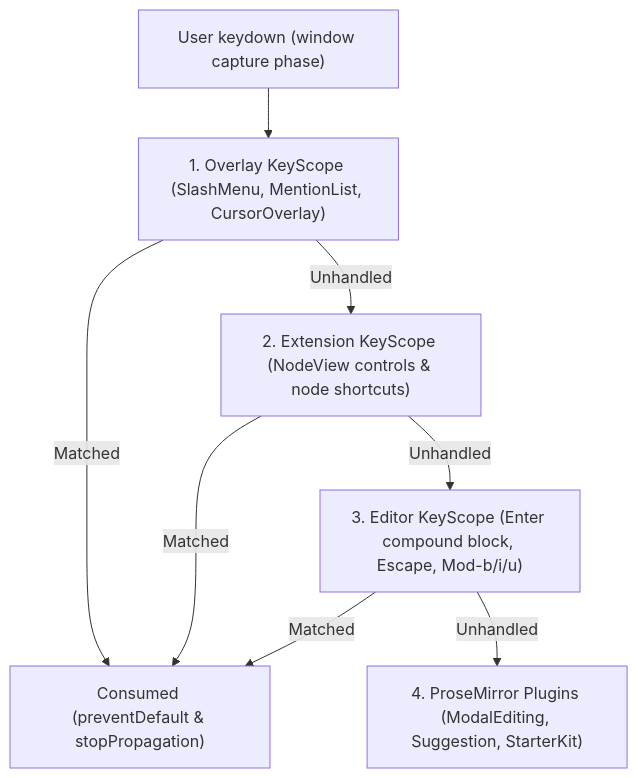
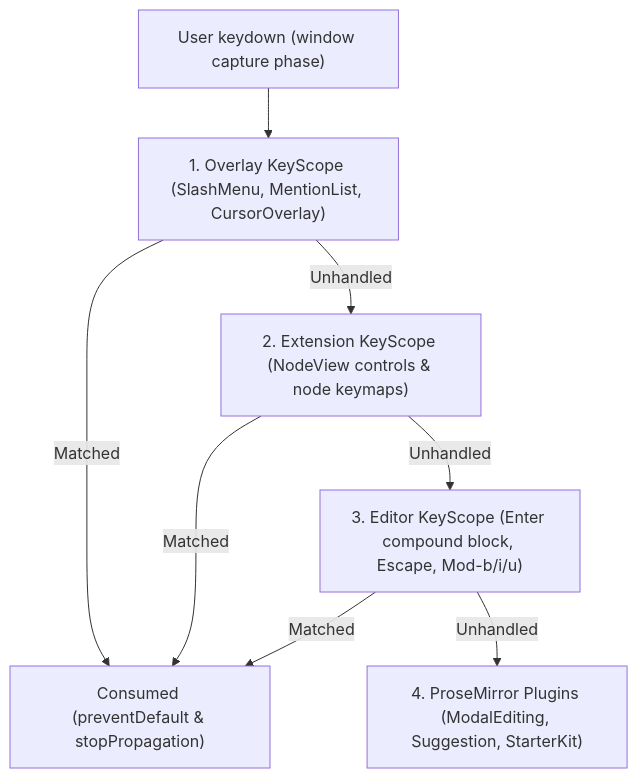
One commit to hypertextual/hypertextual changed the seventh of 8 diagrams in docs/architecture/htmd-ts/editor-extensions.md. Above: the diagram before and after it, drawn with Mermaid. The commit also changed other lines of this file and 4 other files, not shown here.

Commit message:
docs(architecture): rewrite editor and extension docs in simple English with diagrams and tables

````diff
--- a/docs/architecture/htmd-ts/editor-extensions.md
+++ b/docs/architecture/htmd-ts/editor-extensions.md
@@ -345,17 +250,17 @@
 ```mermaid
 flowchart TD
     Key["User keydown (window capture phase)"]
     Overlay["1. Overlay KeyScope (SlashMenu, MentionList, CursorOverlay)"]
-    Ext["2. Extension KeyScope (NodeView controls & node shortcuts)"]
+    Ext["2. Extension KeyScope (NodeView controls & node keymaps)"]
     Editor["3. Editor KeyScope (Enter compound block, Escape, Mod-b/i/u)"]
     PM["4. ProseMirror Plugins (ModalEditing, Suggestion, StarterKit)"]
     Done["Consumed (preventDefault & stopPropagation)"]
 
     Key --> Overlay
     Overlay -->|"Matched"| Done
     Overlay -->|"Unhandled"| Ext
     Ext -->|"Matched"| Done
     Ext -->|"Unhandled"| Editor
     Editor -->|"Matched"| Done
     Editor -->|"Unhandled"| PM
 ```
````
